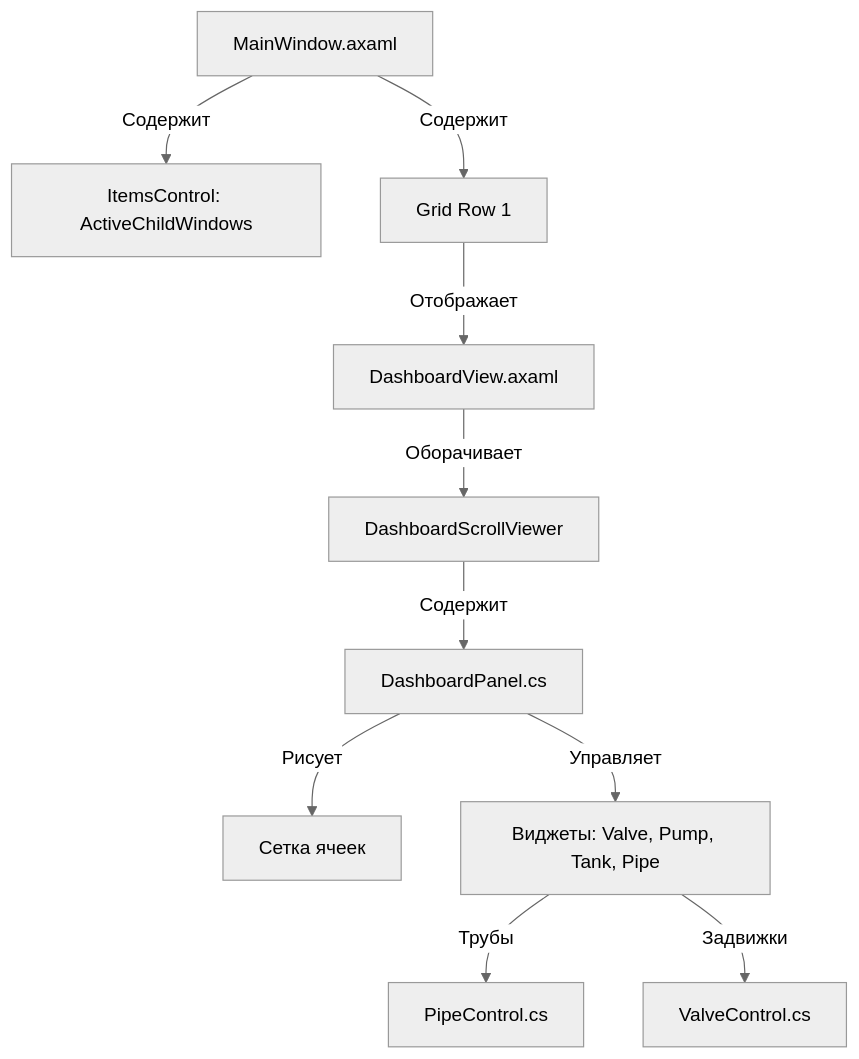
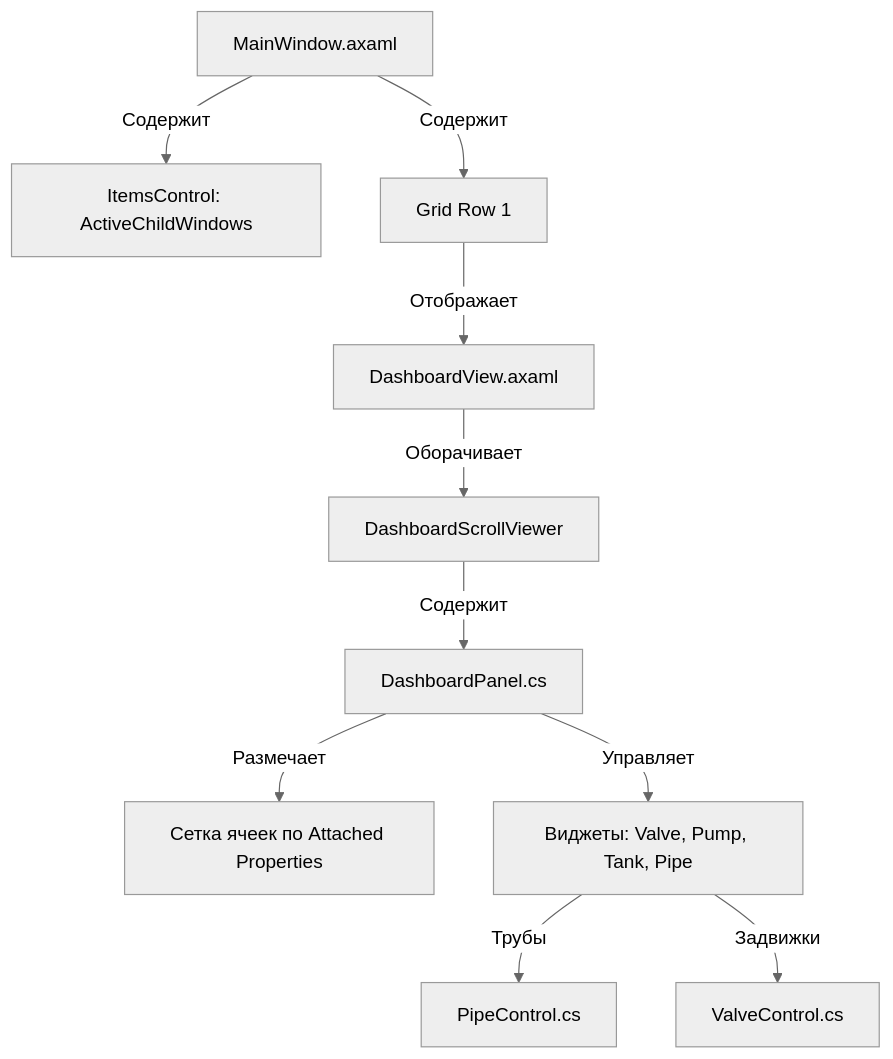
Before and after one commit to serresident/AvaloniaApplication1: the diagram in docs/status.md, drawn with Mermaid (neutral theme). The commit also changed other lines of this file and 3 other files, not shown here.

````diff
--- a/docs/status.md
+++ b/docs/status.md
@@ -32,12 +36,12 @@
 ```mermaid
 graph TD
     MW[MainWindow.axaml] -->|Содержит| ChildWindows[ItemsControl: ActiveChildWindows]
     MW -->|Содержит| MainGrid[Grid Row 1]
     MainGrid -->|Отображает| DV[DashboardView.axaml]
     DV -->|Оборачивает| ScrollViewer[DashboardScrollViewer]
     ScrollViewer -->|Содержит| DP[DashboardPanel.cs]
-    DP -->|Рисует| Grid[Сетка ячеек]
+    DP -->|Размечает| Grid[Сетка ячеек по Attached Properties]
     DP -->|Управляет| Widgets[Виджеты: Valve, Pump, Tank, Pipe]
     Widgets -->|Трубы| PC[PipeControl.cs]
     Widgets -->|Задвижки| VC[ValveControl.cs]
 ```
````
